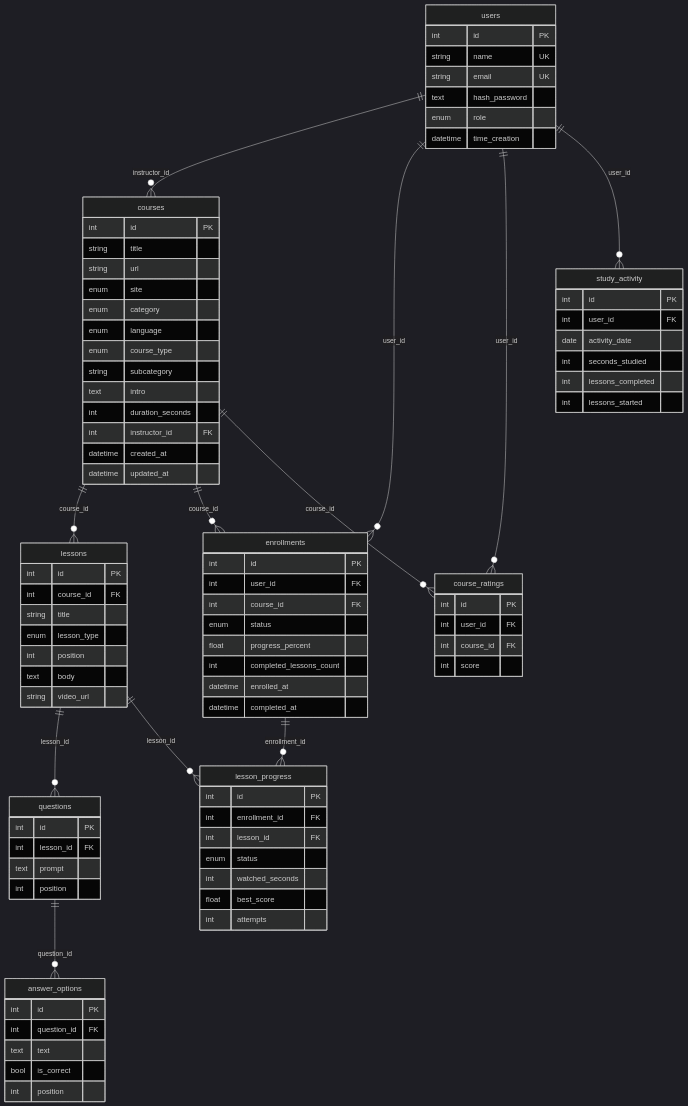
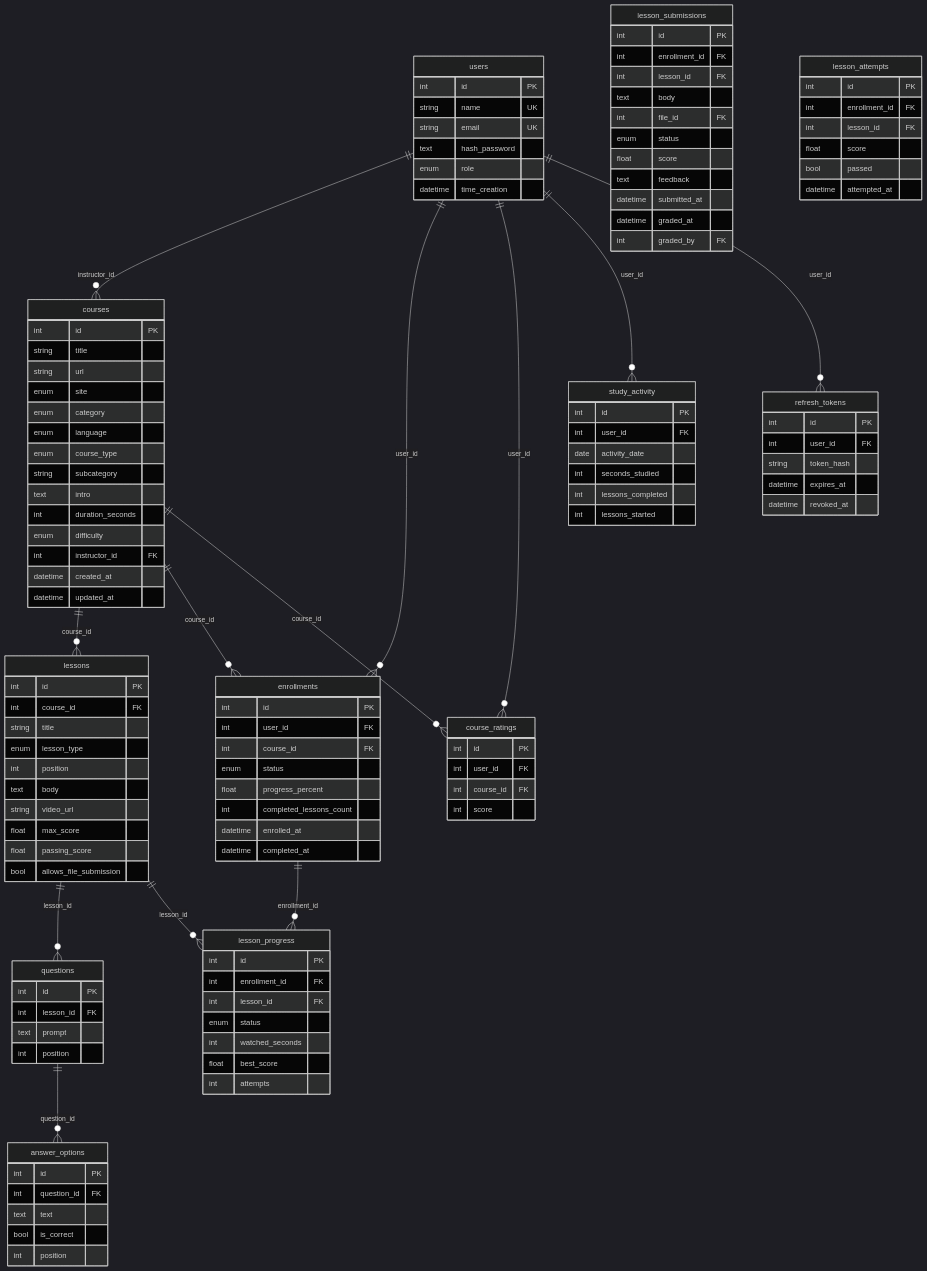
Before and after one commit to joseramos-dev/web_app_courses: the first of 3 diagrams in docs/backend.md, drawn with Mermaid (dark theme). The commit also changed other lines of this file and 125 other files, not shown here.

Commit message:
landing page, mejora graficos, mejora recomendación, seguimiento estudiante, subida de documentos, refresh token, rutas protegidas

```diff
--- a/docs/backend.md
+++ b/docs/backend.md
@@ -154,6 +162,15 @@
     users ||--o{ enrollments : "user_id"
     users ||--o{ course_ratings : "user_id"
     users ||--o{ study_activity : "user_id"
+    users ||--o{ refresh_tokens : "user_id"
+
+    refresh_tokens {
+        int id PK
+        int user_id FK
+        string token_hash
+        datetime expires_at
+        datetime revoked_at
+    }
 
     courses ||--o{ lessons : "course_id"
     courses ||--o{ enrollments : "course_id"
@@ -186,6 +203,7 @@
         string subcategory
         text intro
         int duration_seconds
+        enum difficulty
         int instructor_id FK
         datetime created_at
         datetime updated_at
@@ -199,6 +217,23 @@
         int position
         text body
         string video_url
+        float max_score
+        float passing_score
+        bool allows_file_submission
+    }
+
+    lesson_submissions {
+        int id PK
+        int enrollment_id FK
+        int lesson_id FK
+        text body
+        int file_id FK
+        enum status
+        float score
+        text feedback
+        datetime submitted_at
+        datetime graded_at
+        int graded_by FK
     }
 
     questions {
@@ -237,6 +272,15 @@
         int attempts
     }
 
+    lesson_attempts {
+        int id PK
+        int enrollment_id FK
+        int lesson_id FK
+        float score
+        bool passed
+        datetime attempted_at
+    }
+
     course_ratings {
         int id PK
         int user_id FK
```
